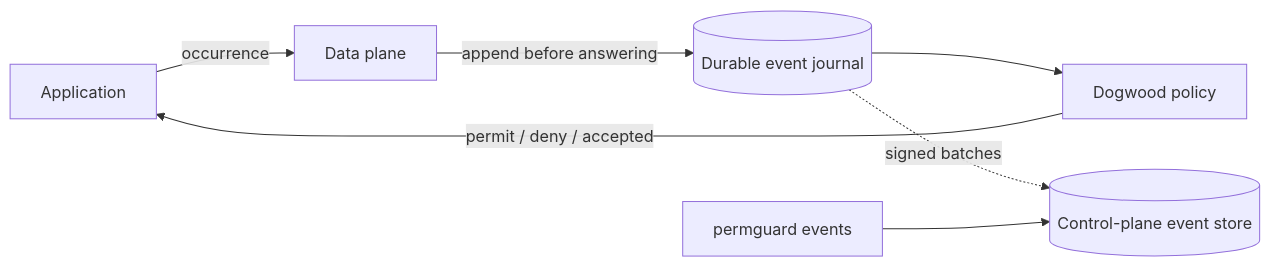
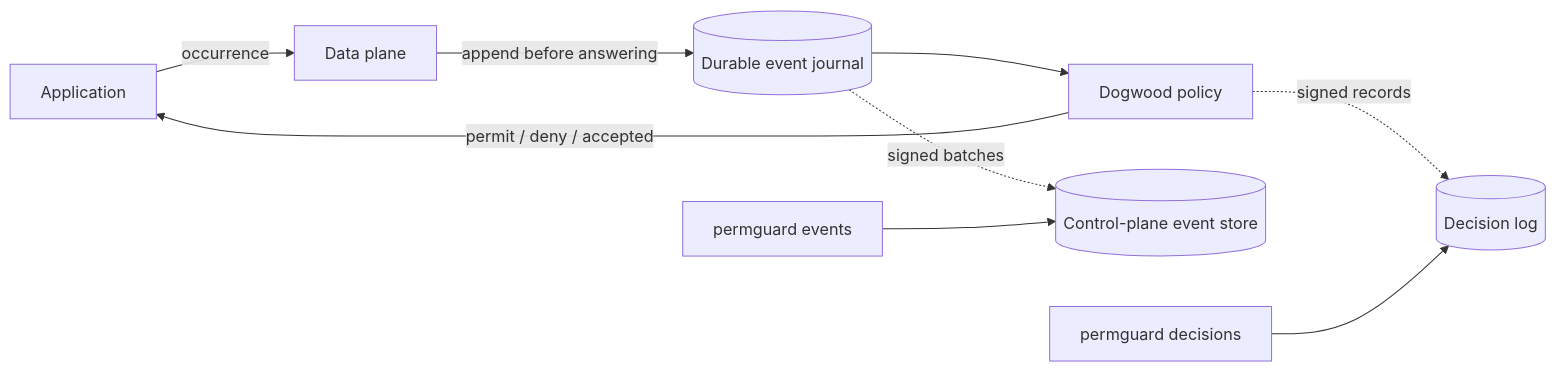
The diagram in examples/dogwood-session-access/README.md (permguard/permguard), drawn with Mermaid before and after one commit. The commit also changed other lines of this file and 29 other files, not shown here.

````diff
--- a/examples/dogwood-session-access/README.md
+++ b/examples/dogwood-session-access/README.md
@@ -13,9 +13,11 @@
 ```mermaid
 flowchart LR
     Caller[Application] -->|occurrence| DP[Data plane]
     DP -->|append before answering| Journal[(Durable event journal)]
     Journal --> Dogwood[Dogwood policy]
     Dogwood -->|permit / deny / accepted| Caller
     Journal -. signed batches .-> CP[(Control-plane event store)]
-    CLI[permguard events] --> CP
+    Dogwood -. signed records .-> DL[(Decision log)]
+    CLI1[permguard events] --> CP
+    CLI2[permguard decisions] --> DL
 ```
````
